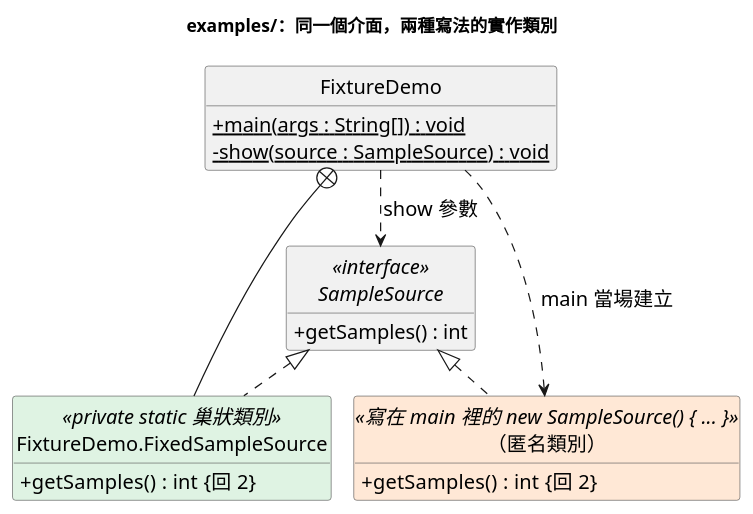
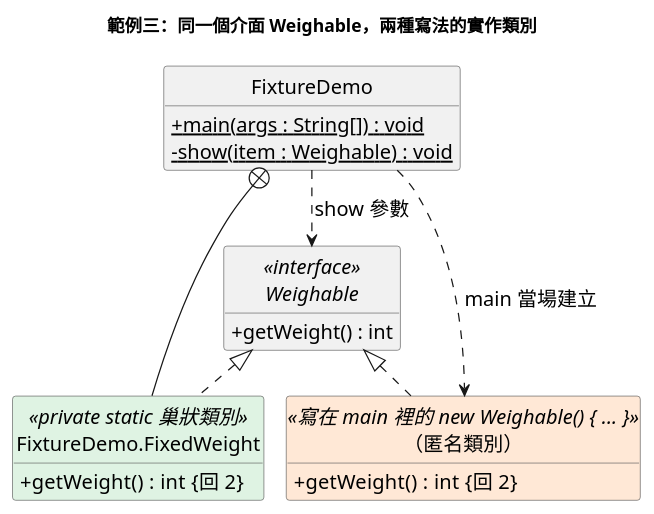
The diagram in week09/codex版本/diagrams/fixture_claude.puml (shuochenghu/115_1_Java_Tutorial), drawn with PlantUML before and after one commit. The commit also changed 33 other files, not shown here.

```diff
--- a/week09/codex版本/diagrams/fixture_claude.puml
+++ b/week09/codex版本/diagrams/fixture_claude.puml
@@ -1,33 +1,33 @@
 @startuml
 !pragma layout smetana
 skinparam classAttributeIconSize 0
 skinparam defaultFontName "Microsoft JhengHei"
 skinparam defaultFontSize 16
 skinparam shadowing false
 skinparam classBorderColor #555555
 skinparam noteBackgroundColor #FFFBEA
 skinparam noteBorderColor #B39B4D
 skinparam backgroundColor #FFFFFF
 hide circle
 hide empty members
-title examples/：同一個介面，兩種寫法的實作類別
+title 範例三：同一個介面 Weighable，兩種寫法的實作類別
 
-interface SampleSource <<interface>> {
-  + getSamples() : int
+interface Weighable <<interface>> {
+  + getWeight() : int
 }
 class FixtureDemo {
   + {static} main(args : String[]) : void
-  - {static} show(source : SampleSource) : void
+  - {static} show(item : Weighable) : void
 }
-class "FixtureDemo.FixedSampleSource" as Fixed <<private static 巢狀類別>> #DFF3E3 {
-  + getSamples() : int  {回 2}
+class "FixtureDemo.FixedWeight" as Fixed <<private static 巢狀類別>> #DFF3E3 {
+  + getWeight() : int  {回 2}
 }
-class "（匿名類別）" as Anon <<寫在 main 裡的 new SampleSource() { ... }>> #FFE8D6 {
-  + getSamples() : int  {回 2}
+class "（匿名類別）" as Anon <<寫在 main 裡的 new Weighable() { ... }>> #FFE8D6 {
+  + getWeight() : int  {回 2}
 }
 FixtureDemo +-- Fixed
-SampleSource <|.. Fixed
-SampleSource <|.. Anon
+Weighable <|.. Fixed
+Weighable <|.. Anon
 FixtureDemo ..> Anon : main 當場建立
-FixtureDemo ..> SampleSource : show 參數
+FixtureDemo ..> Weighable : show 參數
 @enduml
```
